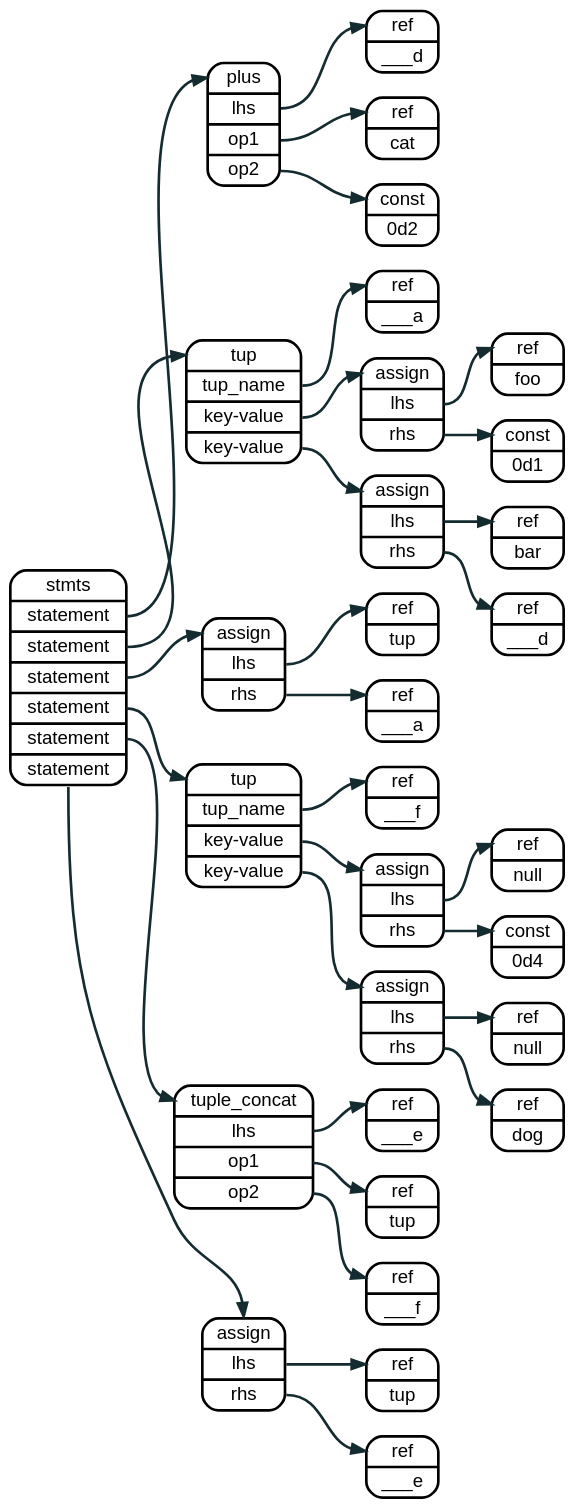
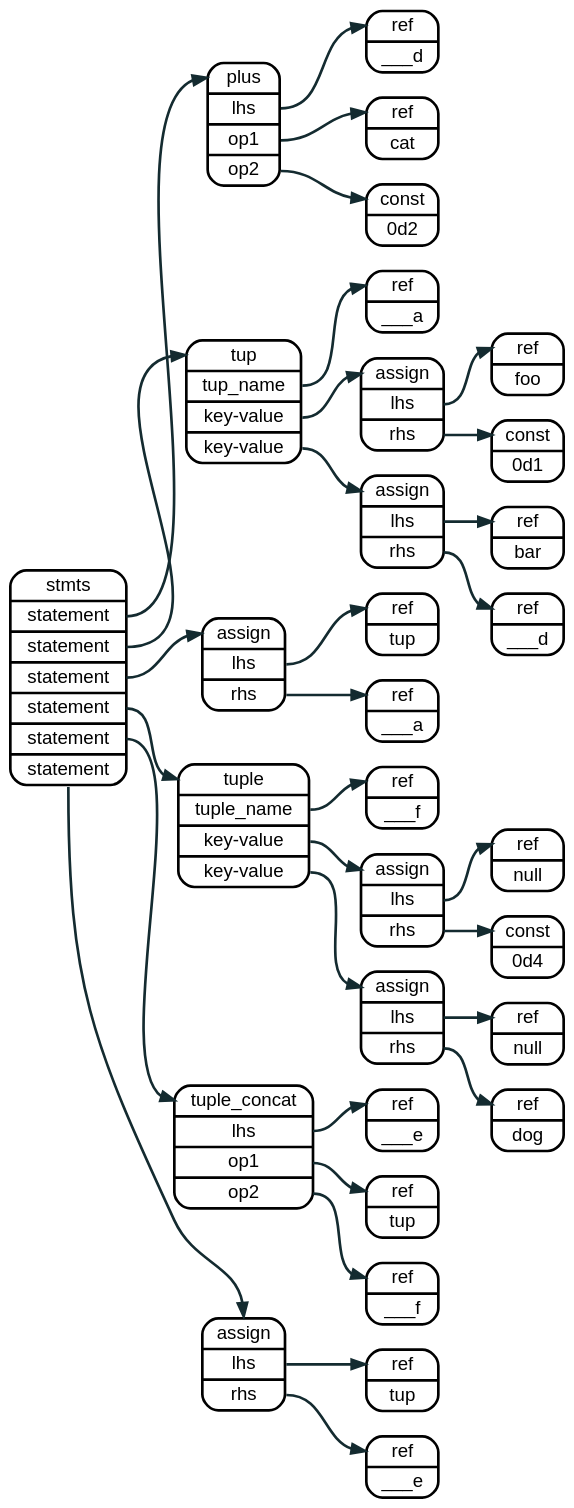
Before and after one commit to sakshi15108/lnast-doc: the diagram in source/graphviz/tuple_concat.dot, drawn with Graphviz. The commit also changed 14 other files, not shown here.

```diff
--- a/source/graphviz/tuple_concat.dot
+++ b/source/graphviz/tuple_concat.dot
@@ -1,99 +1,99 @@
 digraph assign {
   rankdir=LR
   bgcolor="transparent"
 
   node  [fontname = "helvetica", shape=record, style="rounded", penwidth = 2];
   edge  [fontname = "helvetica", color="#142b30", arrowhead="normal", penwidth = 2];
   graph [fontname = "helvetica"];
 
   
 
   node_0 [label = "<a> stmts | <s1> statement | <s2> statement | <s3> statement 
                              | <s4> statement | <s5> statement | <s6> statement"];
 
   node_5 [label = "<a> plus | <l> lhs | <r1> op1 | <r2> op2 "];
   node_6 [label = "<a> ref   | <l> ___d"];
   node_7 [label = "<a> ref   | <l> cat"];
   node_8 [label = "<a> const   | <l> 0d2"];
 
   node_1 [label = "<a> tup   | <n> tup_name | <kv1> key-value | <kv2> key-value"]
   node_1_1 [label = "<a> ref   | <l> ___a"];
 
   node_2 [label = "<a> assign | <l> lhs  | <r> rhs"];
   node_3 [label = "<a> ref   | <l> foo"];
   node_4 [label = "<a> const | <l> 0d1"];
 
   node_9 [label = "<a> assign | <l> lhs  | <r> rhs"];
   node_a [label = "<a> ref    | <l> bar"];
   node_b [label = "<a> ref    | <l> ___d"];
 
 
   node_f [label = "<a> assign | <l> lhs  | <r> rhs"];
   node_g [label = "<a> ref   | <l> tup"];
   node_h [label = "<a> ref   | <l> ___a"];
 
 
-  node_j [label = "<a> tup     | <n> tup_name | <kv1> key-value | <kv2> key-value"]
+  node_j [label = "<a> tuple     | <n> tuple_name | <kv1> key-value | <kv2> key-value"]
   node_j_1 [label = "<a> ref   | <l> ___f"];
 
   node_k [label = "<a> assign  | <l> lhs  | <r> rhs"];
   node_l [label = "<a> ref     | <l> null"];
   node_m [label = "<a> const   | <l> 0d4"];
 
   node_n [label = "<a> assign  | <l> lhs  | <r> rhs"];
   node_o [label = "<a> ref     | <l> null"];
   node_p [label = "<a> ref     | <l> dog"];
 
   node_q [label = "<a> tuple_concat | <l> lhs | <r1> op1 | <r2> op2 "];
   node_r [label = "<a> ref   | <l> ___e"];
   node_s [label = "<a> ref   | <l> tup"];
   node_t [label = "<a> ref   | <l> ___f"];
 
   node_u [label = "<a> assign | <l> lhs  | <r> rhs"];
   node_v [label = "<a> ref    | <l> tup"];
   node_w [label = "<a> ref    | <l> ___e"];
 
   node_0:s1  -> node_5:a
   node_0:s2  -> node_1:a;
   node_0:s3  -> node_f:a;
   node_0:s4  -> node_j:a;
   node_0:s5  -> node_q:a;
   node_0:s6  -> node_u:a;
   
   node_5:l  -> node_6:a;
   node_5:r1 -> node_7:a;
   node_5:r2 -> node_8:a;
 
 
   node_1:n  -> node_1_1:a;
   node_1:kv1 -> node_2:a;
   node_1:kv2 -> node_9:a;
 
   node_2:l -> node_3:a;
   node_2:r -> node_4:a;
   
   
   node_9:l -> node_a:a;
   node_9:r -> node_b:a;
 
   node_f:l -> node_g:a;
   node_f:r -> node_h:a;
 
   node_j:n -> node_j_1:a;
   node_j:kv1 -> node_k:a;
   node_j:kv2 -> node_n:a;
   
   node_k:l   -> node_l:a;
   node_k:r   -> node_m:a;
 
   node_n:l   -> node_o:a;
   node_n:r   -> node_p:a;
 
   node_q:l   -> node_r:a;
   node_q:r1  -> node_s:a;
   node_q:r2  -> node_t:a;
 
   node_u:l   -> node_v:a;
   node_u:r   -> node_w:a;
 
 }
```
